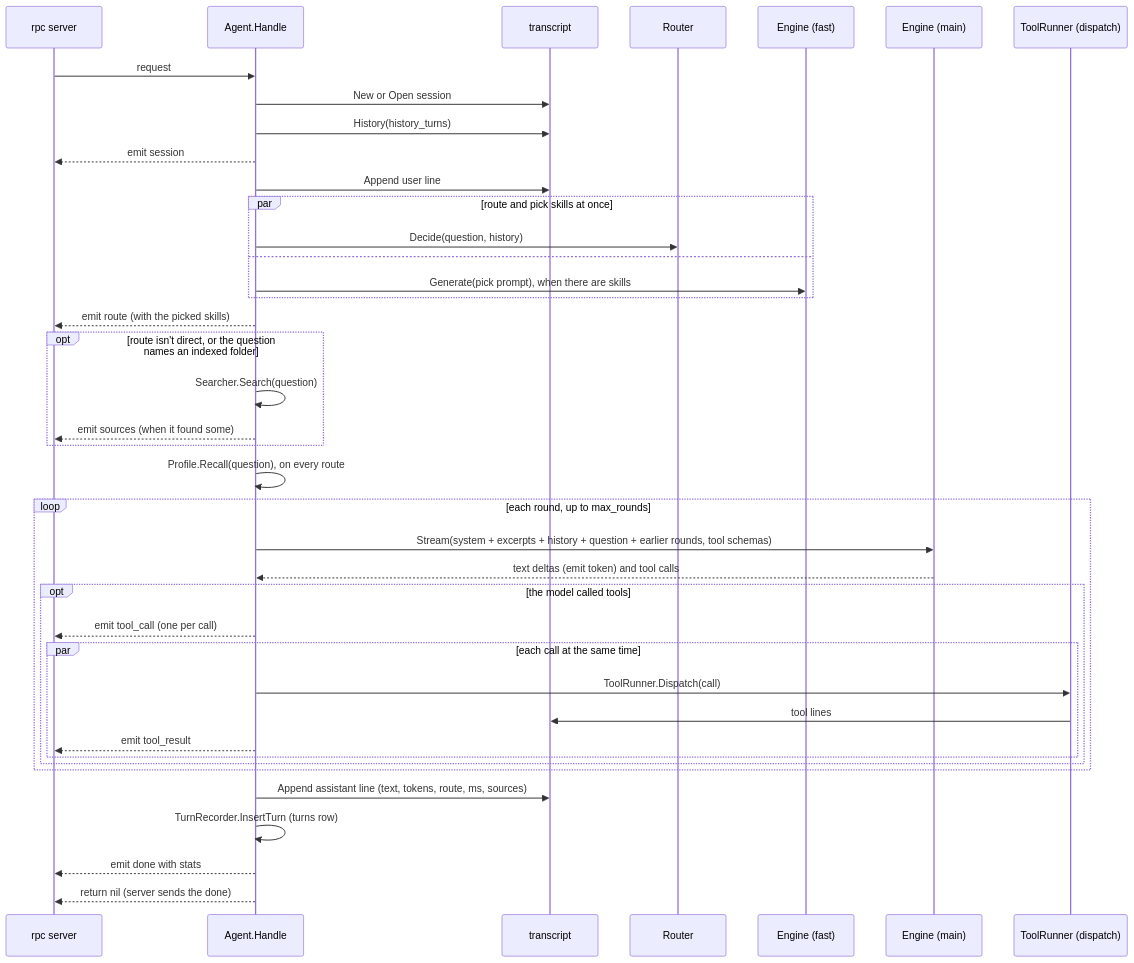
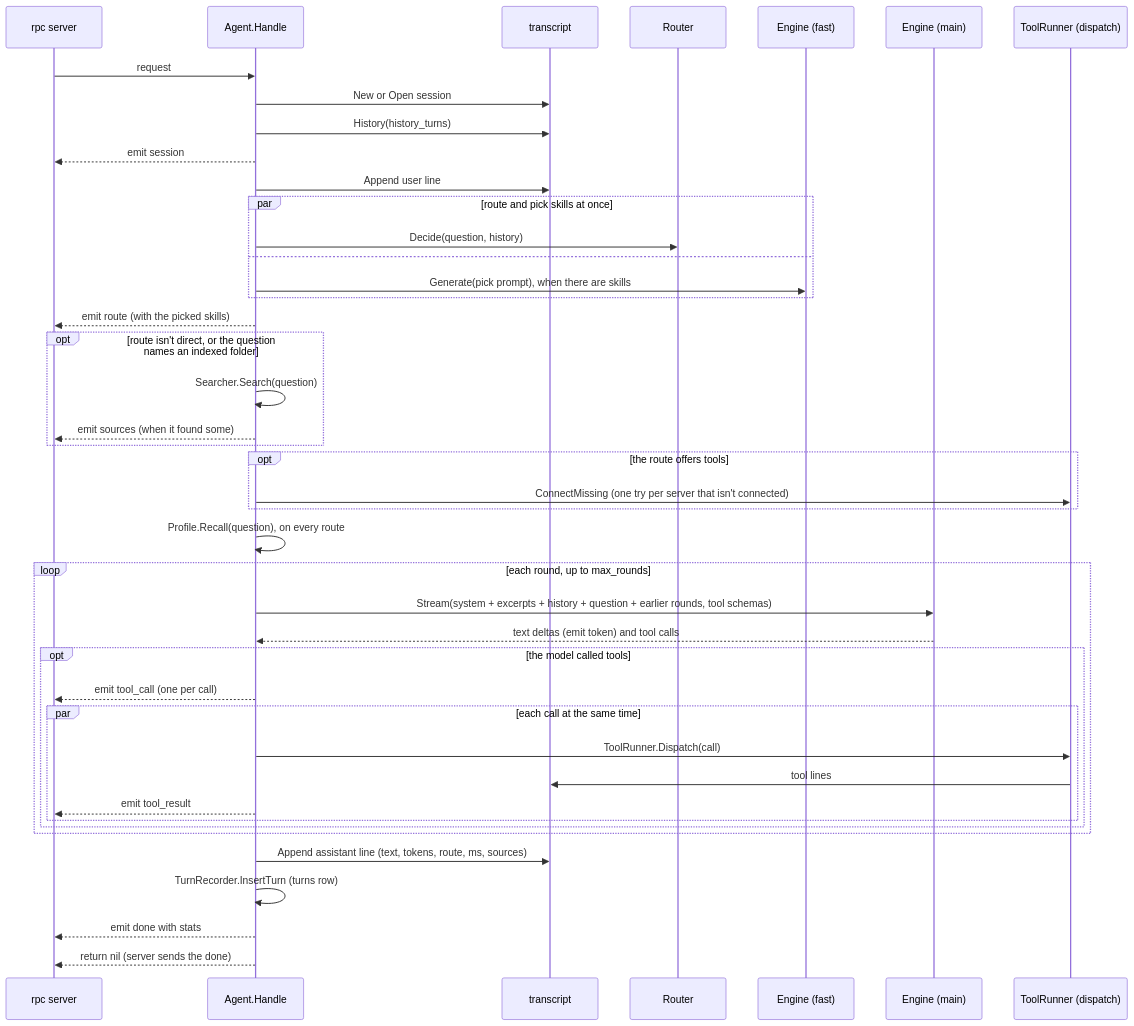
The diagram in docs/coding-notes/agent.md (aarora79/meru), drawn with Mermaid before and after one commit. The commit also changed other lines of this file and 132 other files, not shown here.

````diff
--- a/docs/coding-notes/agent.md
+++ b/docs/coding-notes/agent.md
@@ -30,42 +30,45 @@
 ```mermaid
 sequenceDiagram
     participant S as rpc server
     participant A as Agent.Handle
     participant T as transcript
     participant R as Router
     participant F as Engine (fast)
     participant E as Engine (main)
     participant D as ToolRunner (dispatch)
     S->>A: request
     A->>T: New or Open session
     A->>T: History(history_turns)
     A-->>S: emit session
     A->>T: Append user line
     par route and pick skills at once
         A->>R: Decide(question, history)
     and
         A->>F: Generate(pick prompt), when there are skills
     end
     A-->>S: emit route (with the picked skills)
     opt route isn't direct, or the question names an indexed folder
         A->>A: Searcher.Search(question)
         A-->>S: emit sources (when it found some)
     end
+    opt the route offers tools
+        A->>D: ConnectMissing (one try per server that isn't connected)
+    end
     A->>A: Profile.Recall(question), on every route
     loop each round, up to max_rounds
         A->>E: Stream(system + excerpts + history + question + earlier rounds, tool schemas)
         E-->>A: text deltas (emit token) and tool calls
         opt the model called tools
             A-->>S: emit tool_call (one per call)
             par each call at the same time
                 A->>D: ToolRunner.Dispatch(call)
                 D->>T: tool lines
                 A-->>S: emit tool_result
             end
         end
     end
     A->>T: Append assistant line (text, tokens, route, ms, sources)
     A->>A: TurnRecorder.InsertTurn (turns row)
     A-->>S: emit done with stats
     A-->>S: return nil (server sends the done)
 ```
````
